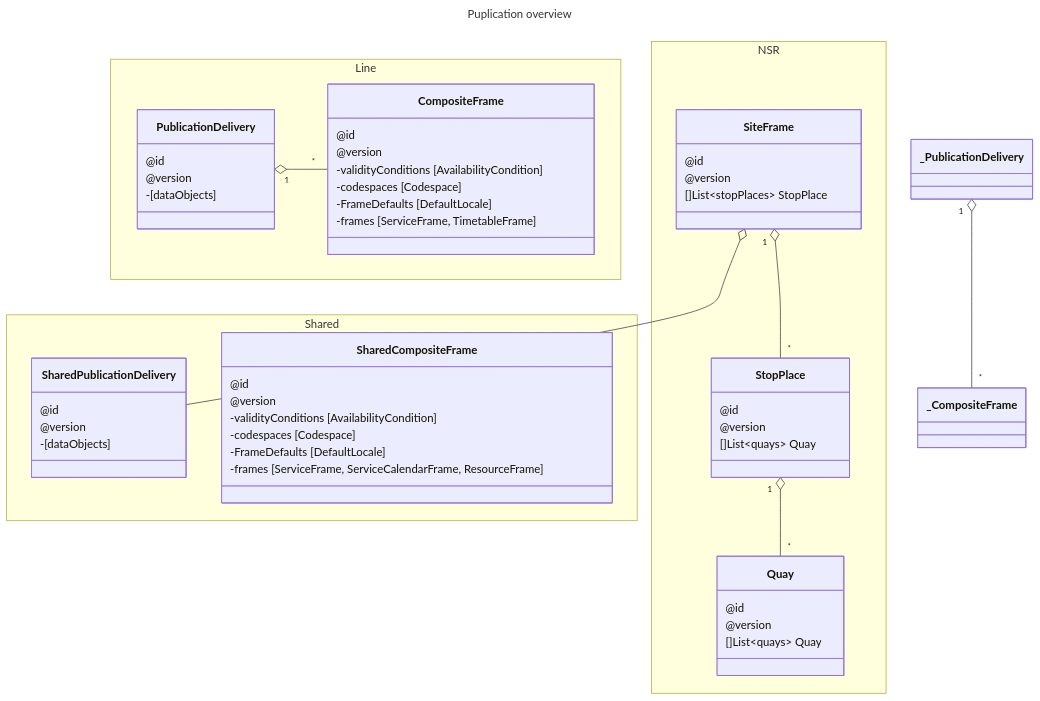
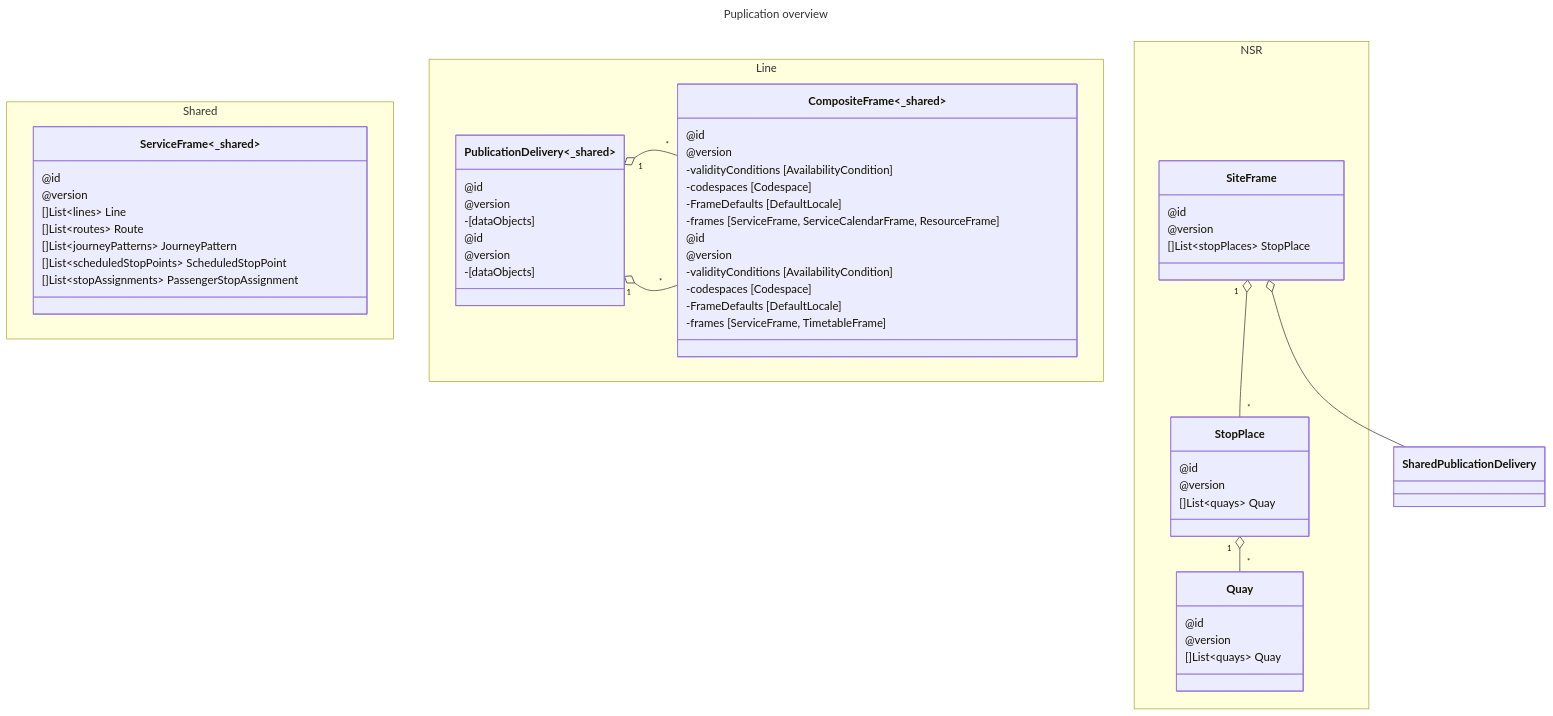
Before and after one commit to hfjelstad/Profile-Documentation: the second of 2 diagrams in 04-Guides/Timetable_DatedServiceJourney_V2.md, drawn with Mermaid.

````diff
--- a/04-Guides/Timetable_DatedServiceJourney_V2.md
+++ b/04-Guides/Timetable_DatedServiceJourney_V2.md
@@ -90,65 +90,74 @@
 ```mermaid
 ---
 title: Puplication overview 
 ---
 
 classDiagram
 namespace Shared {
-    class SharedPublicationDelivery{
+    class PublicationDelivery~_shared~{
         @id
         @version
         -[dataObjects] 
     }
 
-    class SharedCompositeFrame{
+    class CompositeFrame~_shared~{
         @id
         @version
         -validityConditions [AvailabilityCondition]
         -codespaces [Codespace]
         -FrameDefaults [DefaultLocale]
         -frames [ServiceFrame, ServiceCalendarFrame, ResourceFrame]
     }
+    class ServiceFrame~_shared~{
+        @id
+        @version
+        []List~lines~ Line
+        []List~routes~ Route
+        []List~journeyPatterns~ JourneyPattern
+        []List~scheduledStopPoints~ ScheduledStopPoint
+        []List~stopAssignments~ PassengerStopAssignment
+    }
 }
-_PublicationDelivery "1" o-- "*" _CompositeFrame
+PublicationDelivery~_shared~ "1" o-- "*" CompositeFrame~_shared~
 
 namespace Line {
     class PublicationDelivery{
         @id
         @version
         -[dataObjects] 
     }
     
     class CompositeFrame{
         @id
         @version
         -validityConditions [AvailabilityCondition]
         -codespaces [Codespace]
         -FrameDefaults [DefaultLocale]
         -frames [ServiceFrame, TimetableFrame]
     }
 }
 PublicationDelivery "1" o-- "*" CompositeFrame
 namespace NSR {
     class SiteFrame{
         @id
         @version
         []List~stopPlaces~ StopPlace
     }
     
     class StopPlace{
         @id
         @version
         []List~quays~ Quay
     }
 
     class Quay{
         @id
         @version
         []List~quays~ Quay
     }
     
 }
 SiteFrame o-- SharedPublicationDelivery
 SiteFrame "1" o-- "*" StopPlace
 StopPlace "1" o-- "*" Quay
 ```
````
